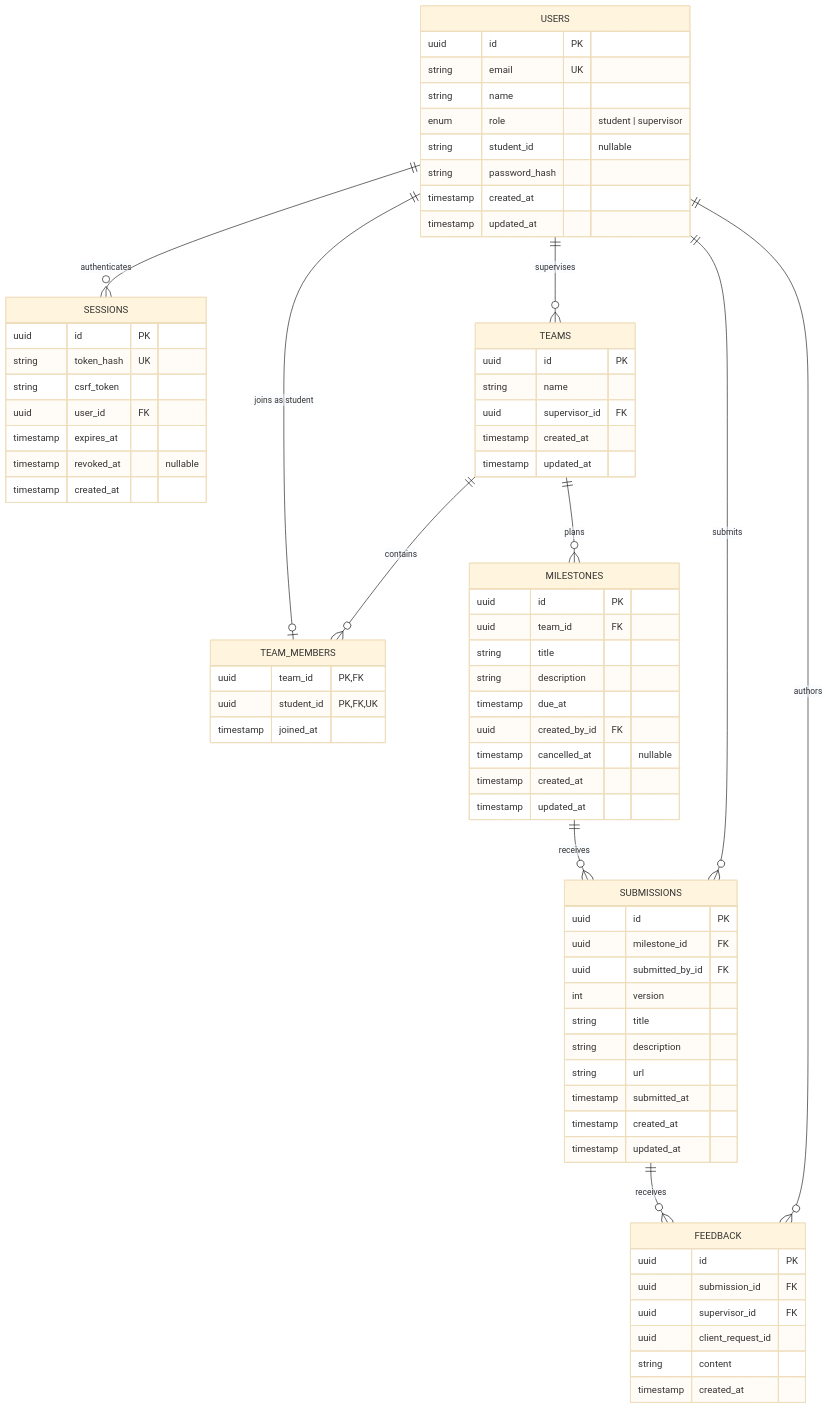
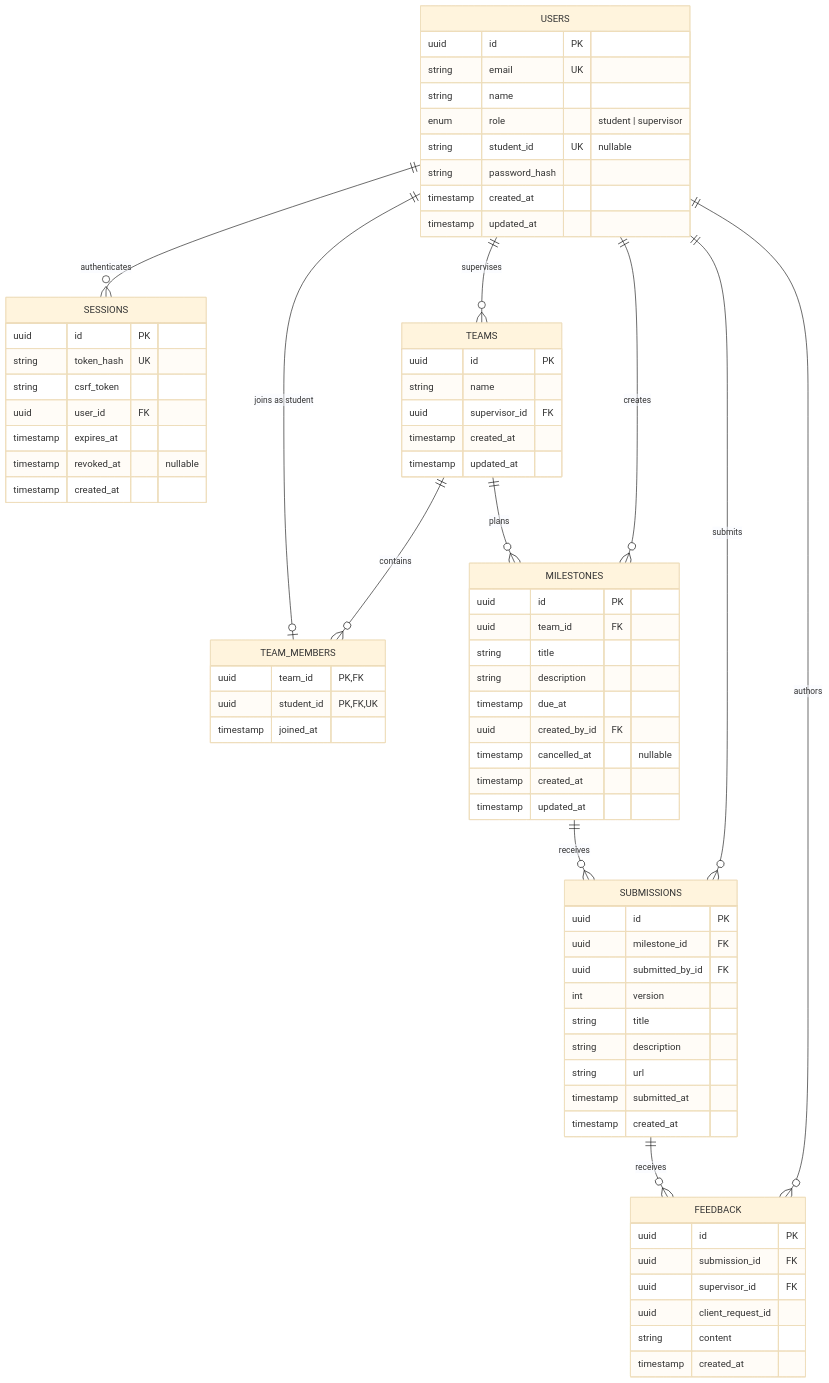
Before and after one commit to zerotwobook/fastTrack: the second of 2 diagrams in deliverable _file/submit/d1_owner_b/C_SYSTEM_SDS.md, drawn with Mermaid (base theme). The commit also changed other lines of this file and 6 other files, not shown here.

````diff
--- a/deliverable _file/submit/d1_owner_b/C_SYSTEM_SDS.md
+++ b/deliverable _file/submit/d1_owner_b/C_SYSTEM_SDS.md
@@ -48,81 +51,81 @@
 ```mermaid
 erDiagram
     USERS ||--o{ SESSIONS : "authenticates"
     USERS ||--o{ TEAMS : "supervises"
     USERS ||--o| TEAM_MEMBERS : "joins as student"
     TEAMS ||--o{ TEAM_MEMBERS : "contains"
     TEAMS ||--o{ MILESTONES : "plans"
     MILESTONES ||--o{ SUBMISSIONS : "receives"
+    USERS ||--o{ MILESTONES : "creates"
     USERS ||--o{ SUBMISSIONS : "submits"
     SUBMISSIONS ||--o{ FEEDBACK : "receives"
     USERS ||--o{ FEEDBACK : "authors"
 
     USERS {
         uuid id PK
         string email UK
         string name
         enum role "student | supervisor"
-        string student_id "nullable"
+        string student_id UK "nullable"
         string password_hash
         timestamp created_at
         timestamp updated_at
     }
 
     SESSIONS {
         uuid id PK
         string token_hash UK
         string csrf_token
         uuid user_id FK
         timestamp expires_at
         timestamp revoked_at "nullable"
         timestamp created_at
     }
 
     TEAMS {
         uuid id PK
         string name
         uuid supervisor_id FK
         timestamp created_at
         timestamp updated_at
     }
 
     TEAM_MEMBERS {
         uuid team_id PK, FK
         uuid student_id PK, FK, UK
         timestamp joined_at
     }
 
     MILESTONES {
         uuid id PK
         uuid team_id FK
         string title
         string description
         timestamp due_at
         uuid created_by_id FK
         timestamp cancelled_at "nullable"
         timestamp created_at
         timestamp updated_at
     }
 
     SUBMISSIONS {
         uuid id PK
         uuid milestone_id FK
         uuid submitted_by_id FK
         int version
         string title
         string description
         string url
         timestamp submitted_at
         timestamp created_at
-        timestamp updated_at
     }
 
     FEEDBACK {
         uuid id PK
         uuid submission_id FK
         uuid supervisor_id FK
         uuid client_request_id
         string content
         timestamp created_at
     }
 ```
````
